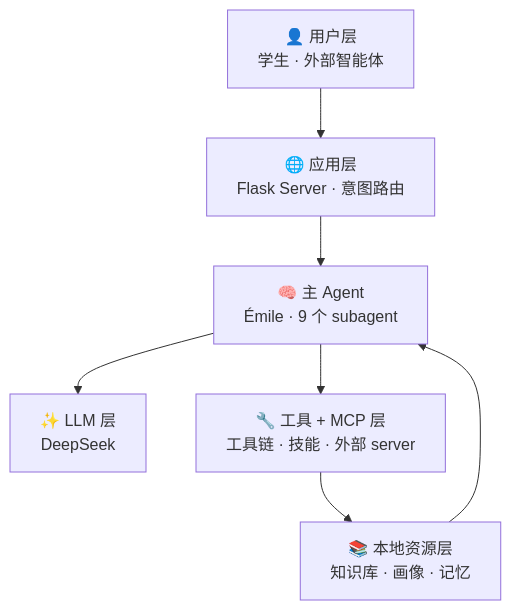
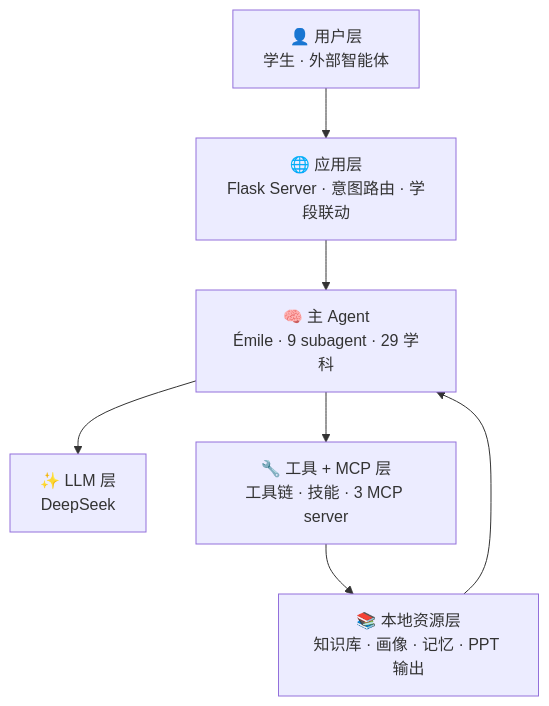
The diagram in README.md (Golden2002/PAEG), drawn with Mermaid before and after one commit. The commit also changed other lines of this file, not shown here.

Commit message:
v0.25 文档更新：3 新学科+学段联动+PPT MCP+自我更新闭环 (README.md)

````diff
--- a/README.md
+++ b/README.md
@@ -67,16 +70,16 @@
 ```mermaid
 flowchart TB
     L1["👤 用户层<br/>学生 · 外部智能体"]
-    L2["🌐 应用层<br/>Flask Server · 意图路由"]
-    L3["🧠 主 Agent<br/>Émile · 9 个 subagent"]
+    L2["🌐 应用层<br/>Flask Server · 意图路由 · 学段联动"]
+    L3["🧠 主 Agent<br/>Émile · 9 subagent · 29 学科"]
     L4["✨ LLM 层<br/>DeepSeek"]
-    L5["🔧 工具 + MCP 层<br/>工具链 · 技能 · 外部 server"]
-    L6["📚 本地资源层<br/>知识库 · 画像 · 记忆"]
+    L5["🔧 工具 + MCP 层<br/>工具链 · 技能 · 3 MCP server"]
+    L6["📚 本地资源层<br/>知识库 · 画像 · 记忆 · PPT 输出"]
 
     L1 --> L2
     L2 --> L3
     L3 --> L4
     L3 --> L5
     L5 --> L6
     L6 --> L3
 ```
````
